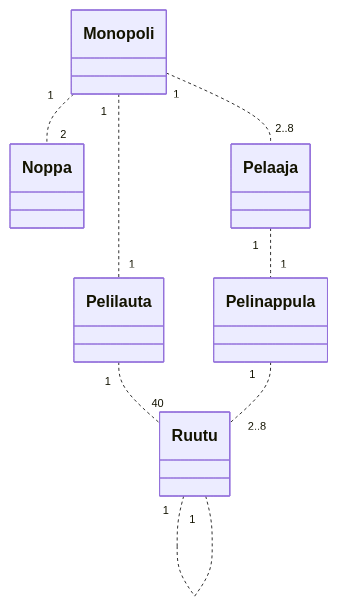
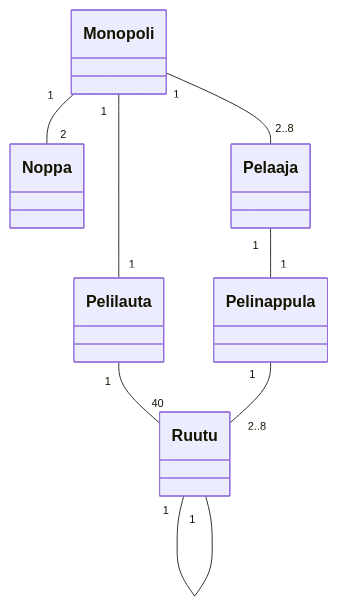
The diagram in laskarit/viikko3/monopoly-diagram.md (n0spoon/ot-harjoitustyo), drawn with Mermaid before and after one commit.

Commit message:
adjusting monopoly-diagram.md

````diff
--- a/laskarit/viikko3/monopoly-diagram.md
+++ b/laskarit/viikko3/monopoly-diagram.md
@@ -3,10 +3,10 @@
 ```mermaid
  classDiagram
-     Monopoli "1" .. "2" Noppa
-     Monopoli "1" .. "2..8" Pelaaja
-     Monopoli "1" .. "1" Pelilauta
-     Pelilauta "1" .. "40" Ruutu
-     Ruutu "1" .. "1" Ruutu
-     Pelaaja "1" .. "1" Pelinappula
-     Pelinappula "1" .. "2..8" Ruutu
+     Monopoli "1" -- "2" Noppa
+     Monopoli "1" -- "2..8" Pelaaja
+     Monopoli "1" -- "1" Pelilauta
+     Pelilauta "1" -- "40" Ruutu
+     Ruutu "1" -- "1" Ruutu
+     Pelaaja "1" -- "1" Pelinappula
+     Pelinappula "1" -- "2..8" Ruutu
 ```
````
